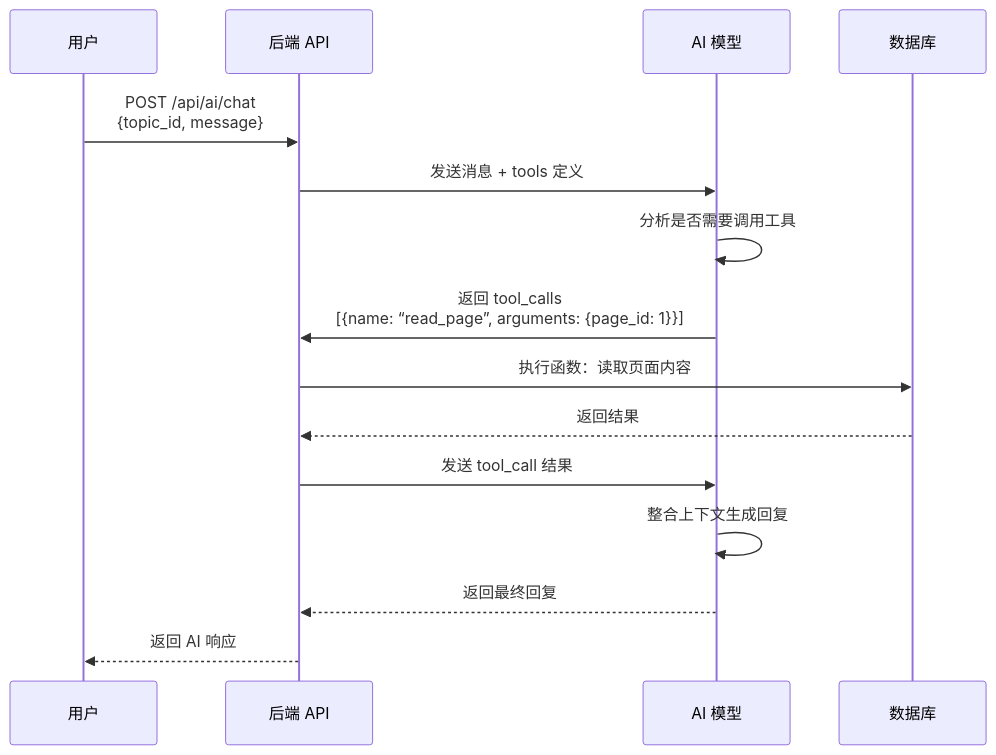
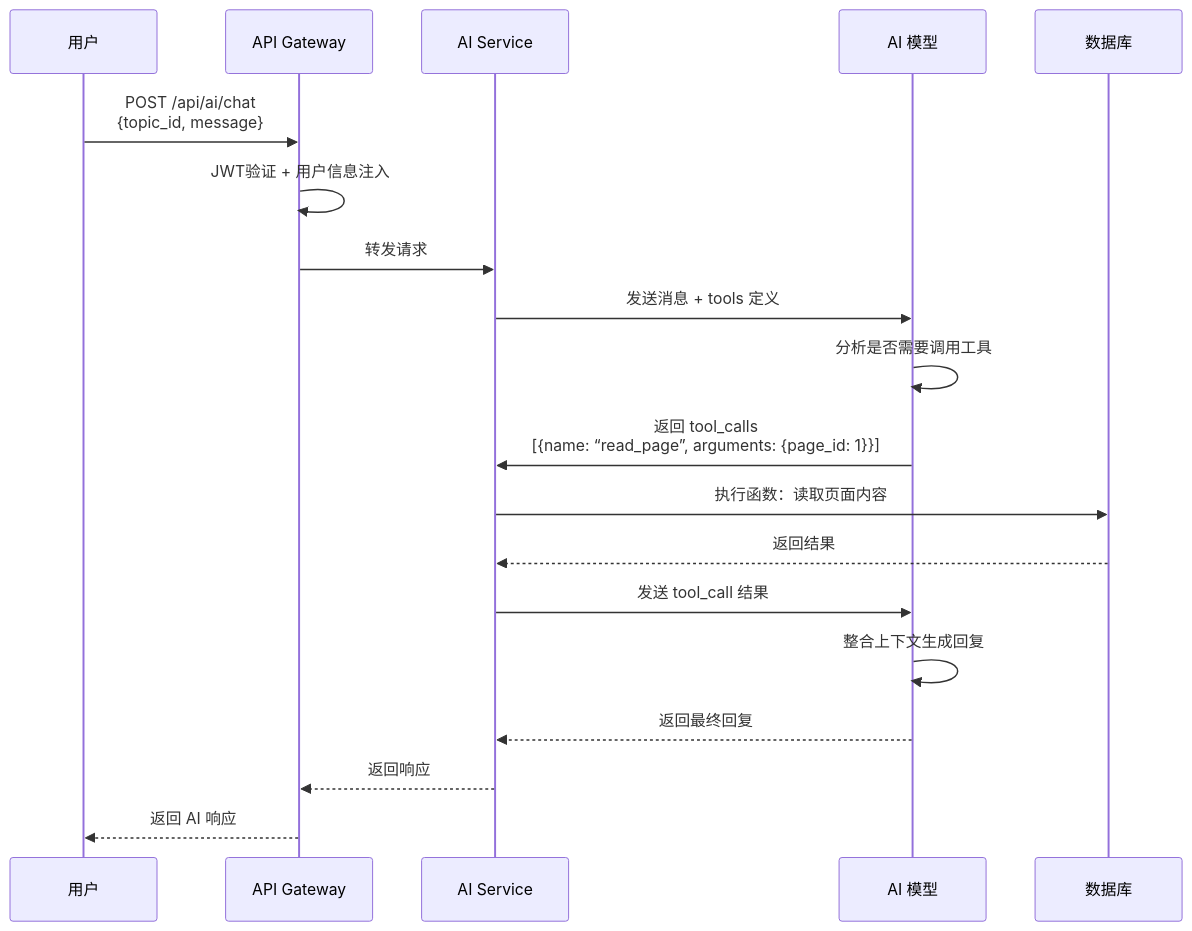
Before and after one commit to a48zhang/web-learn: the diagram in docs/spec/agents.md, drawn with Mermaid. The commit also changed other lines of this file and 6 other files, not shown here.

First line of the commit message:
docs: update spec documents to reflect microservices architecture

````diff
--- a/docs/spec/agents.md
+++ b/docs/spec/agents.md
@@ -278,18 +295,22 @@
 ```mermaid
 sequenceDiagram
     participant User as 用户
-    participant Backend as 后端 API
+    participant Gateway as API Gateway
+    participant AISvc as AI Service
     participant AI as AI 模型
     participant DB as 数据库
 
-    User->>Backend: POST /api/ai/chat<br/>{topic_id, message}
-    Backend->>AI: 发送消息 + tools 定义
+    User->>Gateway: POST /api/ai/chat<br/>{topic_id, message}
+    Gateway->>Gateway: JWT验证 + 用户信息注入
+    Gateway->>AISvc: 转发请求
+    AISvc->>AI: 发送消息 + tools 定义
     AI->>AI: 分析是否需要调用工具
-    AI->>Backend: 返回 tool_calls<br/>[{name: “read_page”, arguments: {page_id: 1}}]
-    Backend->>DB: 执行函数：读取页面内容
-    DB-->>Backend: 返回结果
-    Backend->>AI: 发送 tool_call 结果
+    AI->>AISvc: 返回 tool_calls<br/>[{name: “read_page”, arguments: {page_id: 1}}]
+    AISvc->>DB: 执行函数：读取页面内容
+    DB-->>AISvc: 返回结果
+    AISvc->>AI: 发送 tool_call 结果
     AI->>AI: 整合上下文生成回复
-    AI-->>Backend: 返回最终回复
-    Backend-->>User: 返回 AI 响应
+    AI-->>AISvc: 返回最终回复
+    AISvc-->>Gateway: 返回响应
+    Gateway-->>User: 返回 AI 响应
 ```
````
